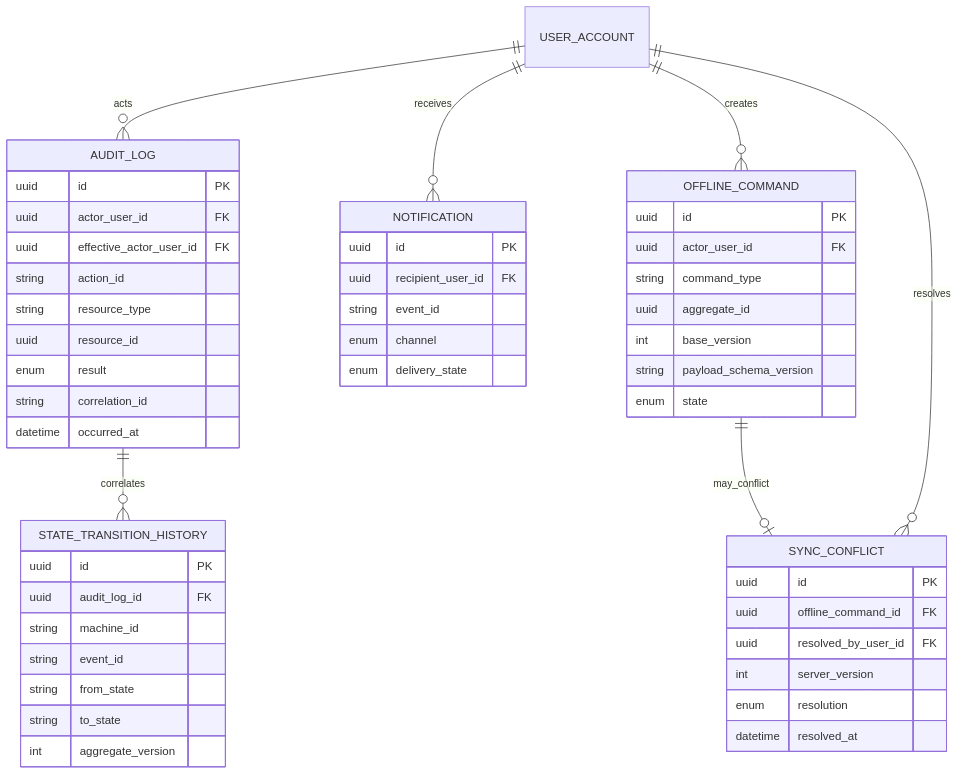
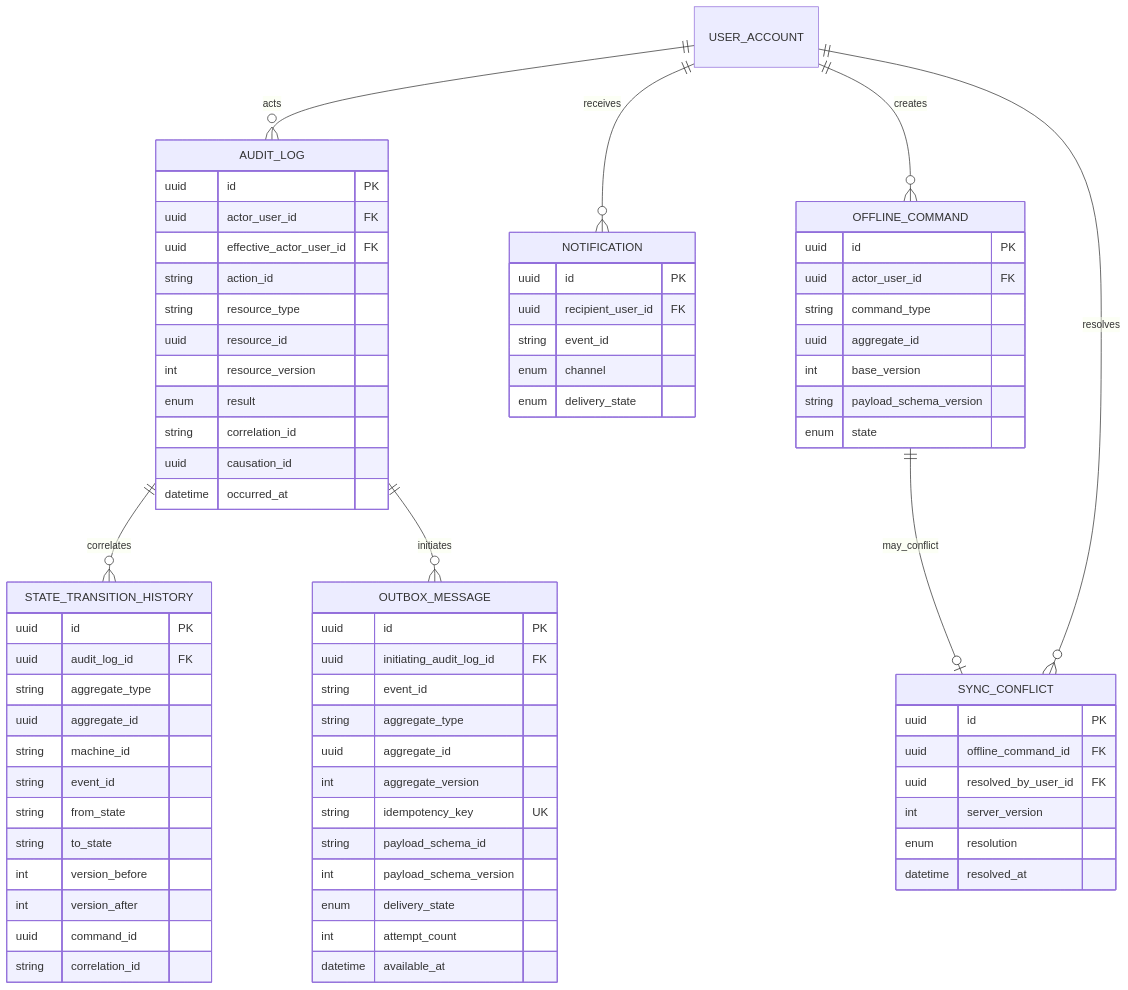
One commit to wrongstory/youone_rnd changed the eighth of 8 diagrams in docs/erd.md. Above: the diagram before and after it, drawn with Mermaid. The commit also changed other lines of this file and 24 other files, not shown here.

````diff
--- a/docs/erd.md
+++ b/docs/erd.md
@@ -932,54 +932,76 @@
 ```mermaid
 erDiagram
   USER_ACCOUNT ||--o{ AUDIT_LOG : acts
   USER_ACCOUNT ||--o{ NOTIFICATION : receives
   USER_ACCOUNT ||--o{ OFFLINE_COMMAND : creates
   OFFLINE_COMMAND ||--o| SYNC_CONFLICT : may_conflict
   USER_ACCOUNT ||--o{ SYNC_CONFLICT : resolves
   AUDIT_LOG ||--o{ STATE_TRANSITION_HISTORY : correlates
+  AUDIT_LOG ||--o{ OUTBOX_MESSAGE : initiates
 
   AUDIT_LOG {
     uuid id PK
     uuid actor_user_id FK
     uuid effective_actor_user_id FK
     string action_id
     string resource_type
     uuid resource_id
+    int resource_version
     enum result
     string correlation_id
+    uuid causation_id
     datetime occurred_at
   }
   STATE_TRANSITION_HISTORY {
     uuid id PK
     uuid audit_log_id FK
+    string aggregate_type
+    uuid aggregate_id
     string machine_id
     string event_id
     string from_state
     string to_state
+    int version_before
+    int version_after
+    uuid command_id
+    string correlation_id
+  }
+  OUTBOX_MESSAGE {
+    uuid id PK
+    uuid initiating_audit_log_id FK
+    string event_id
+    string aggregate_type
+    uuid aggregate_id
     int aggregate_version
+    string idempotency_key UK
+    string payload_schema_id
+    int payload_schema_version
+    enum delivery_state
+    int attempt_count
+    datetime available_at
   }
   NOTIFICATION {
     uuid id PK
     uuid recipient_user_id FK
     string event_id
     enum channel
     enum delivery_state
   }
   OFFLINE_COMMAND {
     uuid id PK
     uuid actor_user_id FK
     string command_type
     uuid aggregate_id
     int base_version
     string payload_schema_version
     enum state
   }
   SYNC_CONFLICT {
     uuid id PK
     uuid offline_command_id FK
     uuid resolved_by_user_id FK
     int server_version
     enum resolution
     datetime resolved_at
   }
 ```
````
